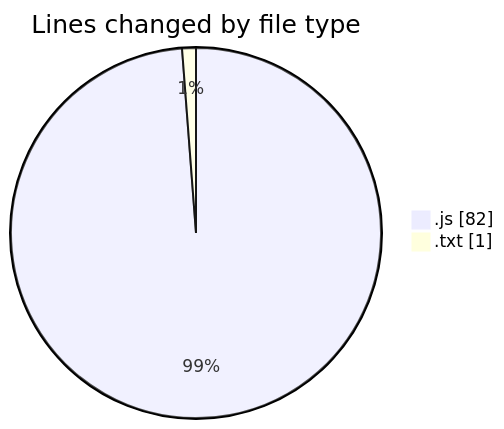
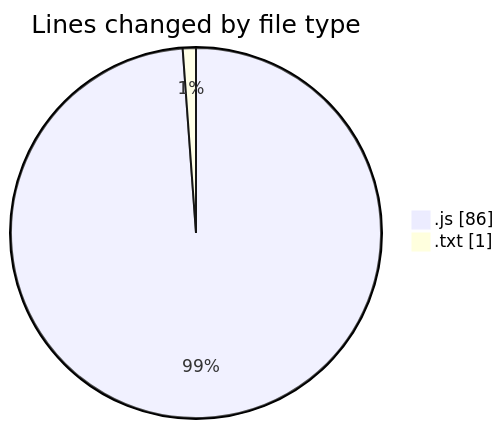
The first of 2 diagrams in 2025-03-17/02-parsing-request-bodies/README.md (BS-eng2023/code-tracking), drawn with Mermaid before and after one commit. The commit also changed other lines of this file and 1 other file, not shown here.

````diff
--- a/2025-03-17/02-parsing-request-bodies/README.md
+++ b/2025-03-17/02-parsing-request-bodies/README.md
@@ -22,6 +22,6 @@
 ```mermaid
 pie showData
 title Lines changed by file type
-".js" : 82
+".js" : 86
 ".txt" : 1
 ```
````
